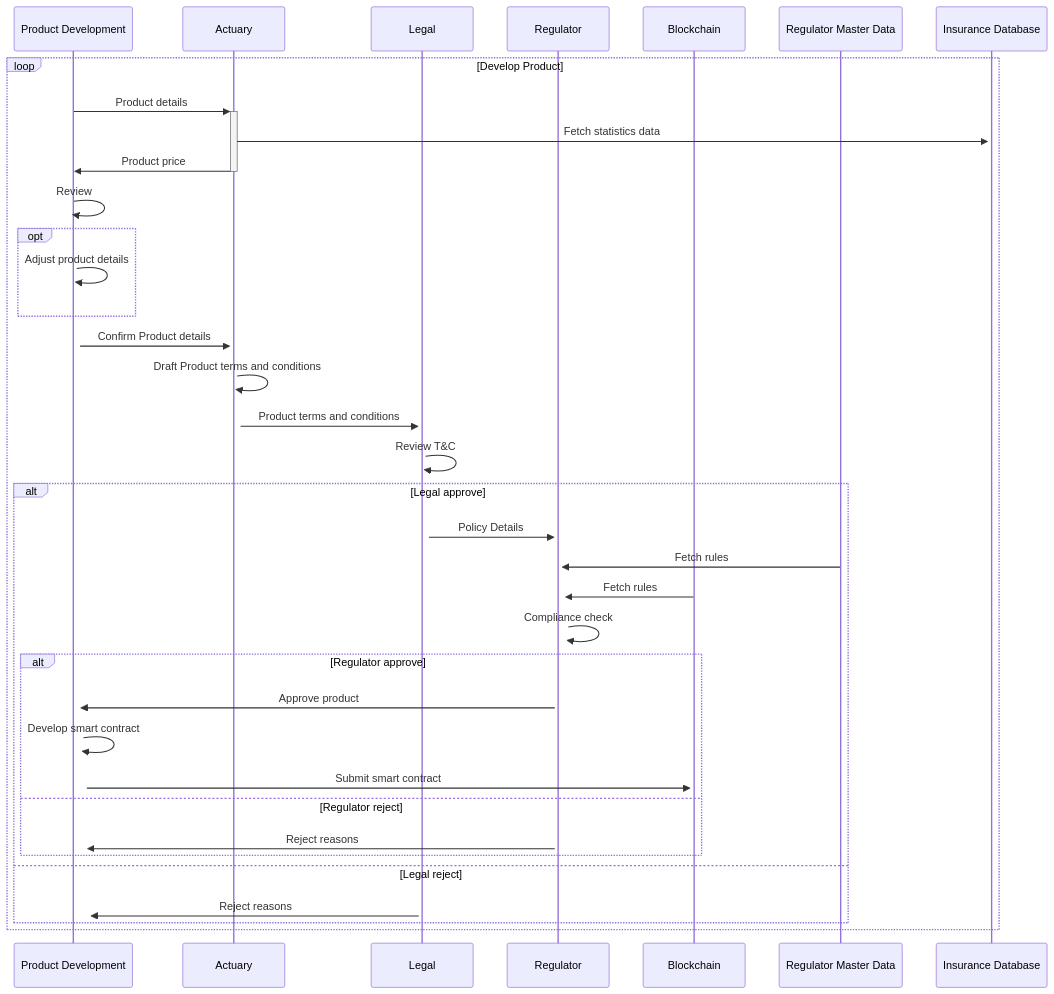
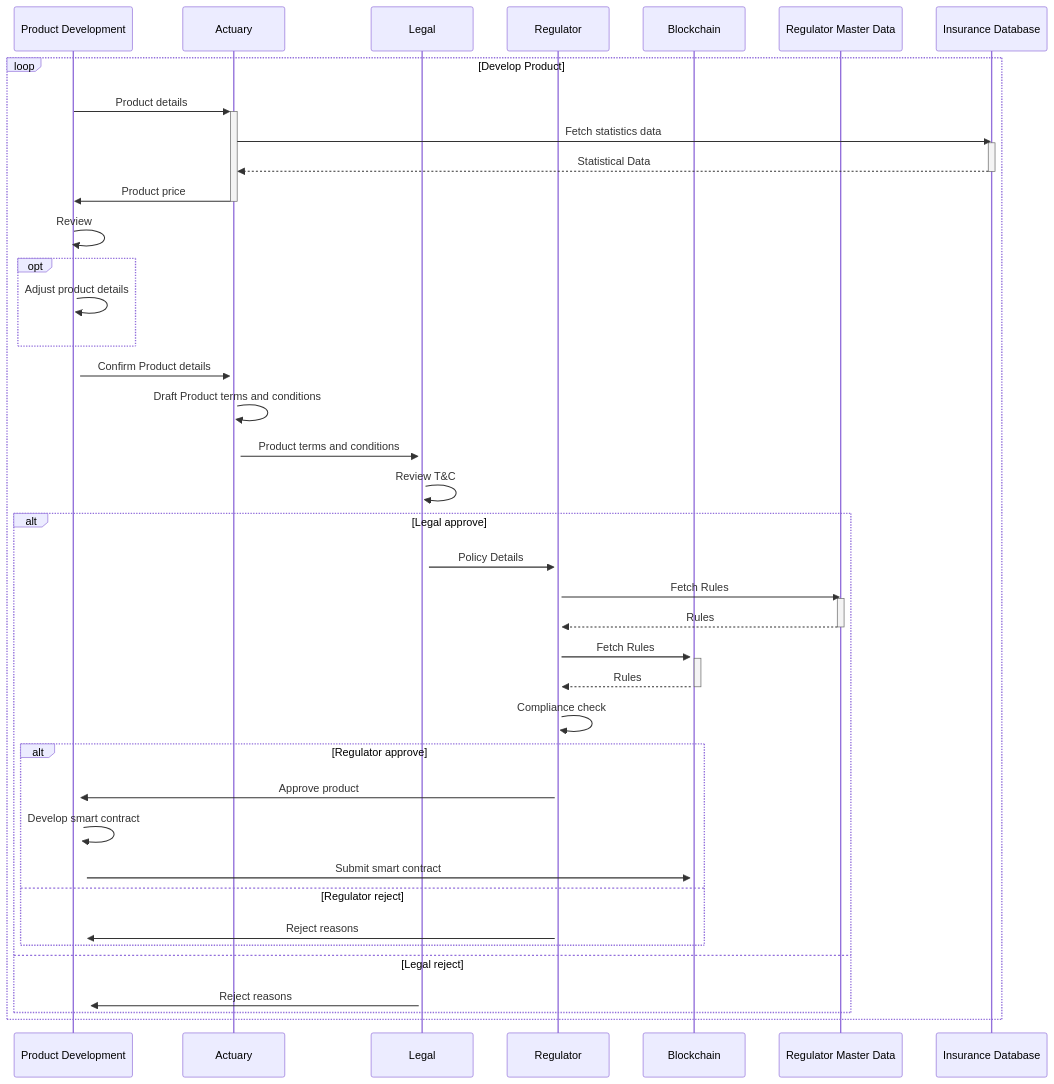
The diagram in product-registration.md (ongzasad/business-software-design), drawn with Mermaid before and after one commit.

````diff
--- a/product-registration.md
+++ b/product-registration.md
@@ -1,40 +1,48 @@
 ```mermaid
 sequenceDiagram
     participant P as Product Development 
     participant A as Actuary
     participant L as Legal
     participant R as Regulator
     participant B as Blockchain    
     participant RDB as Regulator Master Data
     participant IDB as Insurance Database
     loop Develop Product
         P->>+A: Product details
-        A->>+IDB: Fetch statistics data
+        A->>IDB: Fetch statistics data
+        activate IDB
+        IDB-->>A: Statistical Data
+        deactivate IDB
         A->>-P: Product price
         P->>+P: Review
         opt 
             P->>+P: Adjust product details
         end
         P->>+A: Confirm Product details
         A->>+A: Draft Product terms and conditions
         A->>+L: Product terms and conditions
         L->>+L: Review T&C
         alt Legal approve
             L->>+R: Policy Details
-            RDB->>+R: Fetch rules
-            B->>+R: Fetch rules
+            R->>RDB: Fetch Rules
+            activate RDB
+            RDB-->>R: Rules
+            deactivate RDB
+            R->>+B: Fetch Rules
+            activate B
+            B-->>R: Rules
+            deactivate B
             R->>+R: Compliance check
             alt Regulator approve
                 R->>+P: Approve product
                 P->>+P: Develop smart contract
                 P->>+B: Submit smart contract
             else Regulator reject
                 R->>+P: Reject reasons
             end
         else Legal reject
             L->>+P: Reject reasons
         end
 
     end
-
 ```
````
